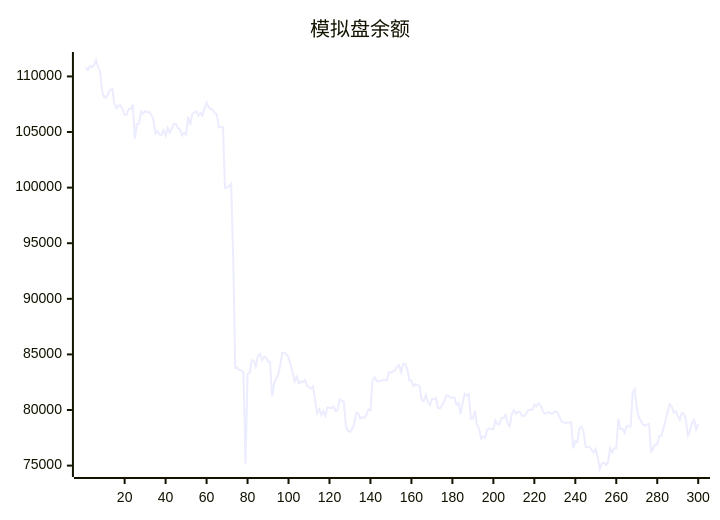
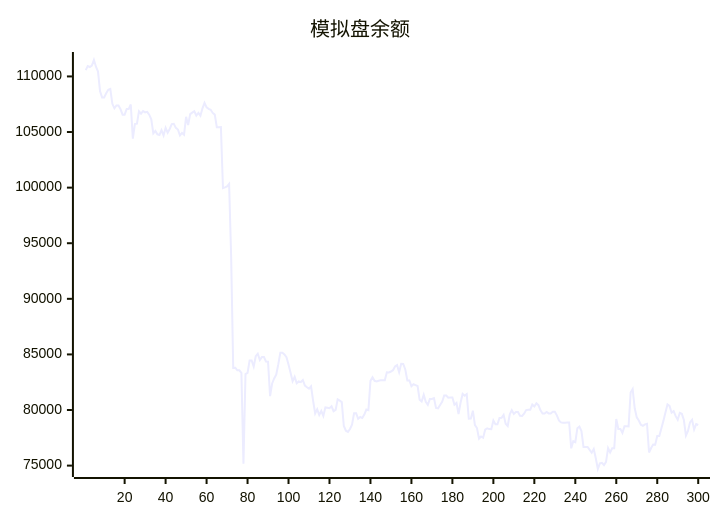
One commit to aahl/ai-trading changed the diagram in README.md. Above: the diagram before and after it, drawn with Mermaid. The commit also changed other lines of this file and 1 other file, not shown here.

````diff
--- a/README.md
+++ b/README.md
@@ -5,5 +5,5 @@
 ```mermaid
 xychart
     title "模拟盘余额"
-    line [110812,110569,110929,110847,110968,111478,110870,110433,108661,108116,108115,108485,108797,108877,107536,107134,107393,107393,107046,106565,106565,107081,107081,107478,104404,105715,105749,106866,106651,106889,106771,106816,106565,106141,104876,105103,104796,104734,105169,104690,105380,104941,105272,105709,105739,105374,105227,104691,104924,104762,106364,105628,106608,106748,106872,106485,106721,106468,107132,107620,107224,107080,107001,106717,106567,105431,105431,105440,99950,100017,100113,100337,93749,83795,83807,83567,83567,83342,75168,83222,83336,84448,84449,83896,84839,85065,84499,84757,84757,84364,84347,81254,82385,82835,83184,84099,85150,85150,85002,84751,84096,83356,82582,82983,82404,82572,82512,82688,82200,82047,81920,82125,80840,79688,80060,79552,79920,79470,80236,80208,80170,80336,79894,80006,80954,80837,80712,78561,78139,78037,78293,78682,79720,79720,79214,79372,79279,79591,80046,79993,82625,82950,82626,82571,82633,82670,82670,82681,83386,83378,83464,83579,83920,84037,83402,84160,84142,83652,82655,82655,82145,82315,82243,82163,80934,80770,81371,80742,80468,80989,80989,81067,80191,80155,80450,80737,81309,81309,81106,81119,81119,80471,80631,79624,80670,81448,81290,81429,79212,79222,79940,78643,78380,77432,77623,77504,78235,78358,78284,78277,79048,78714,78714,79290,79308,79567,78763,78563,79603,79988,79652,79813,79813,79476,79469,79673,79995,80015,80015,80486,80314,80600,80436,79966,79689,79689,79819,79692,79692,79850,79850,79518,79071,78889,78850,78850,78878,78878,76554,77202,77103,78357,78510,78106,76678,76677,76672,76411,76159,76485,75656,74695,75197,75246,75052,75334,76564,76179,76553,76551,79196,78300,78300,77944,78531,78531,78521,81564,81884,80160,79335,79055,78675,78580,78708,78764,76179,76586,76902,76876,77658,77669,78346,79023,79769,80497,80366,79761,79896,79448,79126,79749,79658,79097,77695,78114,78888,79126,78249,78738]
+    line [110569,110929,110847,110968,111478,110870,110433,108661,108116,108115,108485,108797,108877,107536,107134,107393,107393,107046,106565,106565,107081,107081,107478,104404,105715,105749,106866,106651,106889,106771,106816,106565,106141,104876,105103,104796,104734,105169,104690,105380,104941,105272,105709,105739,105374,105227,104691,104924,104762,106364,105628,106608,106748,106872,106485,106721,106468,107132,107620,107224,107080,107001,106717,106567,105431,105431,105440,99950,100017,100113,100337,93749,83795,83807,83567,83567,83342,75168,83222,83336,84448,84449,83896,84839,85065,84499,84757,84757,84364,84347,81254,82385,82835,83184,84099,85150,85150,85002,84751,84096,83356,82582,82983,82404,82572,82512,82688,82200,82047,81920,82125,80840,79688,80060,79552,79920,79470,80236,80208,80170,80336,79894,80006,80954,80837,80712,78561,78139,78037,78293,78682,79720,79720,79214,79372,79279,79591,80046,79993,82625,82950,82626,82571,82633,82670,82670,82681,83386,83378,83464,83579,83920,84037,83402,84160,84142,83652,82655,82655,82145,82315,82243,82163,80934,80770,81371,80742,80468,80989,80989,81067,80191,80155,80450,80737,81309,81309,81106,81119,81119,80471,80631,79624,80670,81448,81290,81429,79212,79222,79940,78643,78380,77432,77623,77504,78235,78358,78284,78277,79048,78714,78714,79290,79308,79567,78763,78563,79603,79988,79652,79813,79813,79476,79469,79673,79995,80015,80015,80486,80314,80600,80436,79966,79689,79689,79819,79692,79692,79850,79850,79518,79071,78889,78850,78850,78878,78878,76554,77202,77103,78357,78510,78106,76678,76677,76672,76411,76159,76485,75656,74695,75197,75246,75052,75334,76564,76179,76553,76551,79196,78300,78300,77944,78531,78531,78521,81564,81884,80160,79335,79055,78675,78580,78708,78764,76179,76586,76902,76876,77658,77669,78346,79023,79769,80497,80366,79761,79896,79448,79126,79749,79658,79097,77695,78114,78888,79126,78249,78738,78653]
 ```
````
